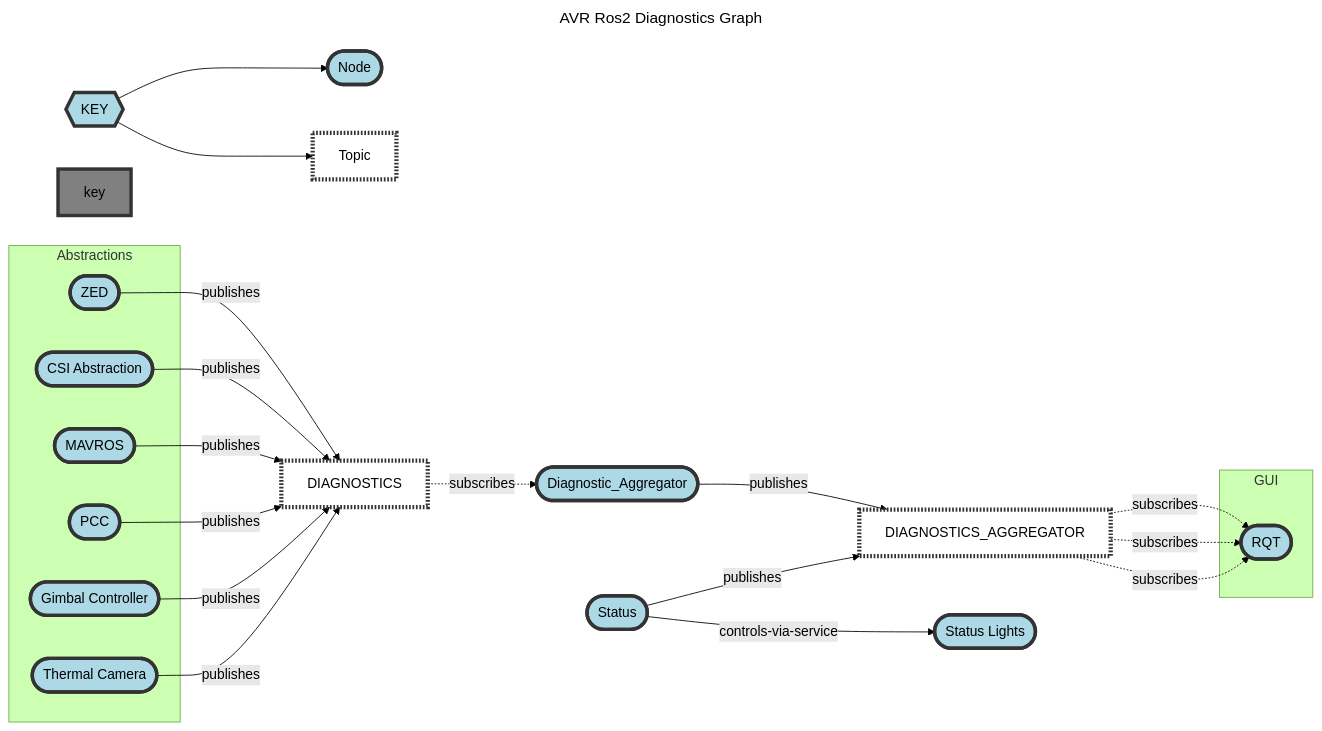
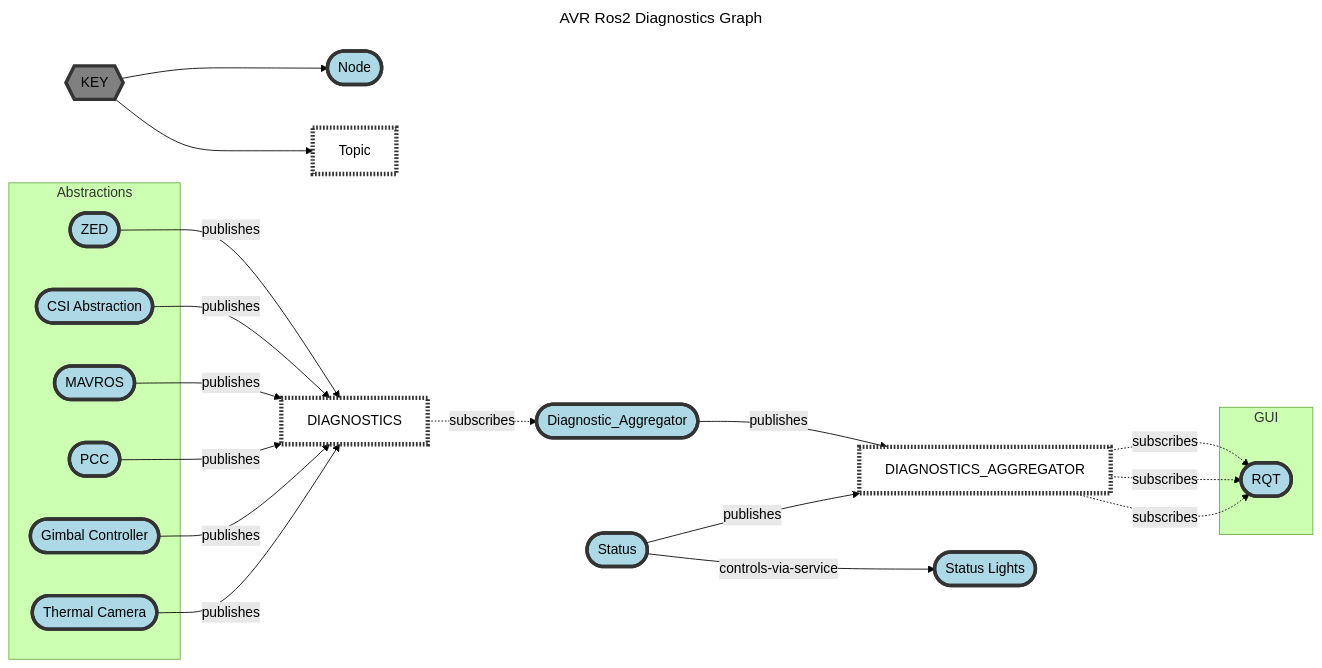
One commit to Daedalus-Robotics/avr_2023_documentation changed the diagram in README.md. Above: the diagram before and after it, drawn with Mermaid (forest theme).

````diff
--- a/README.md
+++ b/README.md
@@ -1,53 +1,53 @@
 ```mermaid
 ---
 title: AVR Ros2 Diagnostics Graph
 ---
 flowchart LR
     
     classDef node fill:lightBlue,color:black,stroke:#333,stroke-width:4px
     classDef topic fill:white,color:black,stroke:#333,stroke-width:5px, stroke-dasharray: 2 2
 
-    style key fill:grey,color:black
+    style legend fill:grey,color:black
 
     legend{{KEY}}-->i1([Node]):::node
     legend-->i2[Topic]:::topic
     
     diagnostics_topic[DIAGNOSTICS]:::topic
     diag_agg([Diagnostic_Aggregator])
     diag_agg_topic[DIAGNOSTICS_AGGREGATOR]:::topic
     status_node([Status])
     status_lights([Status Lights])
     RQT/GUI([RQT])
     
     zed([ZED])
     
    
     
     subgraph Abstractions 
         zed
         CSI_abs
         Mavros
         PCC
         gimcont
         themcam
     end
     
     subgraph GUI 
         RQT/GUI
     end
     
     zed --publishes-->diagnostics_topic
     CSI_abs([CSI Abstraction]) --publishes-->diagnostics_topic
     Mavros([MAVROS]) --publishes-->diagnostics_topic
     PCC([PCC]) --publishes-->diagnostics_topic
     gimcont([Gimbal Controller]) --publishes-->diagnostics_topic
     themcam([Thermal Camera]) --publishes-->diagnostics_topic
     diagnostics_topic -. subscribes .->diag_agg
     diag_agg --publishes-->diag_agg_topic
     status_node --publishes-->diag_agg_topic
     status_node --controls-via-service-->status_lights
     diag_agg_topic -. subscribes .-> RQT/GUI
     diag_agg_topic -. subscribes .-> RQT/GUI
     diag_agg_topic -. subscribes .-> RQT/GUI 
 
 ```
````
